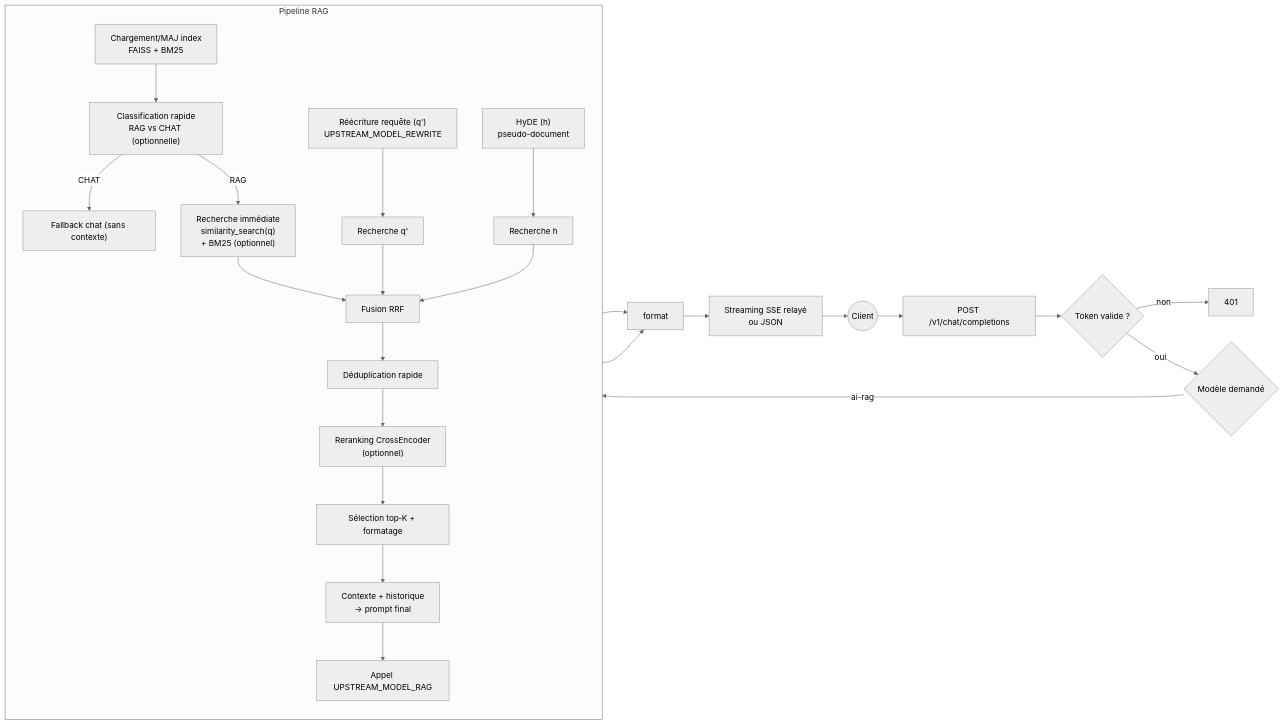
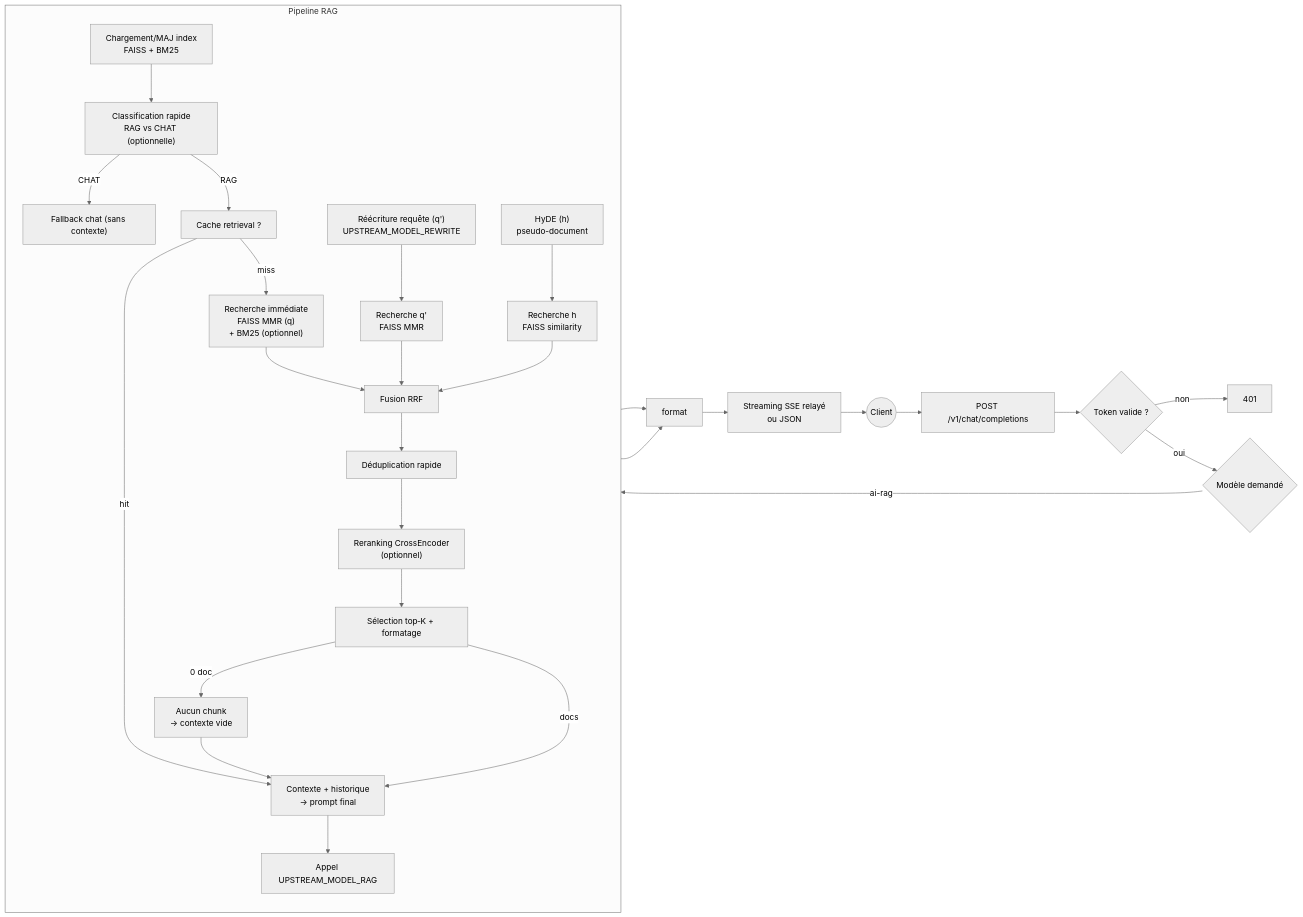
The diagram in README.md (ynotopec/api-rag), drawn with Mermaid (neutral theme) before and after one commit.

Commit message:
Update flow diagram for RAG pipeline

````diff
--- a/README.md
+++ b/README.md
@@ -41,40 +41,46 @@
 ```mermaid
 flowchart LR
     client((Client)) --> req["POST /v1/chat/completions"]
     req --> auth{Token valide ?}
     auth -->|non| err[401]
     auth -->|oui| dispatch{Modèle demandé}
 
     subgraph rag[Pipeline RAG]
         direction TB
         ensure["Chargement/MAJ index<br/>FAISS + BM25"]
         classify["Classification rapide<br/>RAG vs CHAT (optionnelle)"]
-        original["Recherche immédiate<br/>similarity_search(q)<br/>+ BM25 (optionnel)"]
+        cache["Cache retrieval ?"]
+        original["Recherche immédiate<br/>FAISS MMR (q)<br/>+ BM25 (optionnel)"]
         rewrite["Réécriture requête (q')<br/>UPSTREAM_MODEL_REWRITE"]
         hyde["HyDE (h)<br/>pseudo-document"]
-        search_rewrite["Recherche q'"]
-        search_hyde["Recherche h"]
+        search_rewrite["Recherche q'<br/>FAISS MMR"]
+        search_hyde["Recherche h<br/>FAISS similarity"]
         fusion["Fusion RRF"]
         dedup["Déduplication rapide"]
         rerank["Reranking CrossEncoder<br/>(optionnel)"]
         topk["Sélection top‑K + formatage"]
+        empty_ctx["Aucun chunk<br/>→ contexte vide"]
         prompt["Contexte + historique<br/>→ prompt final"]
         rag_call["Appel UPSTREAM_MODEL_RAG"]
         fallback["Fallback chat (sans contexte)"]
         ensure --> classify
         classify -->|CHAT| fallback
-        classify -->|RAG| original
+        classify -->|RAG| cache
+        cache -->|hit| prompt
+        cache -->|miss| original
         original --> fusion
         rewrite --> search_rewrite
         hyde --> search_hyde
         search_rewrite --> fusion
         search_hyde --> fusion
-        fusion --> dedup --> rerank --> topk --> prompt --> rag_call
+        fusion --> dedup --> rerank --> topk
+        topk -->|0 doc| empty_ctx --> prompt
+        topk -->|docs| prompt --> rag_call
     end
 
     dispatch -->|ai-rag| ensure
     rag_call --> format
     fallback --> format
     format --> stream["Streaming SSE relayé<br/>ou JSON"]
     stream --> client
 ```
````
